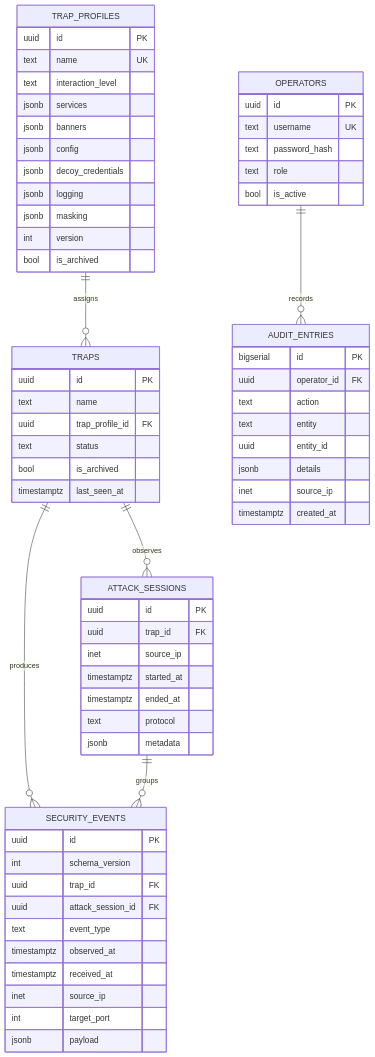
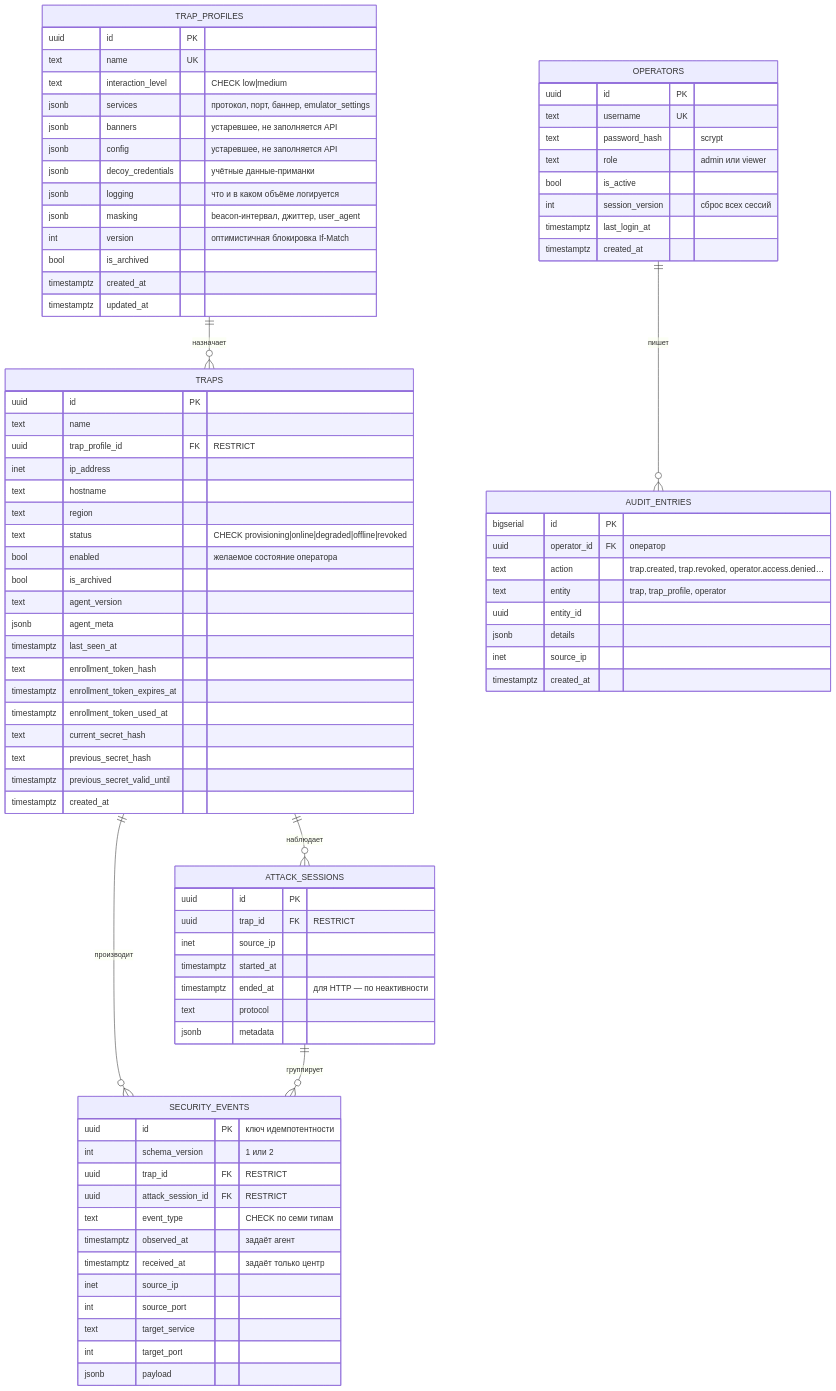
One commit to ArtiKn/HoneyForge changed the diagram in docs/database.mmd. Above: the diagram before and after it, drawn with Mermaid. The commit also changed 9 other files, not shown here.

```diff
--- a/docs/database.mmd
+++ b/docs/database.mmd
@@ -1,13 +1,93 @@
+%% HoneyForge — схема базы данных (6 таблиц, ADR-0004)
+%% Колонки соответствуют center/api/models/*.py и миграциям 0001–0006.
 erDiagram
-    TRAP_PROFILES ||--o{ TRAPS : assigns
-    TRAPS ||--o{ ATTACK_SESSIONS : observes
-    TRAPS ||--o{ SECURITY_EVENTS : produces
-    ATTACK_SESSIONS ||--o{ SECURITY_EVENTS : groups
-    OPERATORS ||--o{ AUDIT_ENTRIES : records
+    TRAP_PROFILES ||--o{ TRAPS : "назначает"
+    TRAPS ||--o{ ATTACK_SESSIONS : "наблюдает"
+    TRAPS ||--o{ SECURITY_EVENTS : "производит"
+    ATTACK_SESSIONS ||--o{ SECURITY_EVENTS : "группирует"
+    OPERATORS ||--o{ AUDIT_ENTRIES : "пишет"
 
-    TRAP_PROFILES { uuid id PK text name UK text interaction_level jsonb services jsonb banners jsonb config jsonb decoy_credentials jsonb logging jsonb masking int version bool is_archived }
-    TRAPS { uuid id PK text name uuid trap_profile_id FK text status bool is_archived timestamptz last_seen_at }
-    ATTACK_SESSIONS { uuid id PK uuid trap_id FK inet source_ip timestamptz started_at timestamptz ended_at text protocol jsonb metadata }
-    SECURITY_EVENTS { uuid id PK int schema_version uuid trap_id FK uuid attack_session_id FK text event_type timestamptz observed_at timestamptz received_at inet source_ip int target_port jsonb payload }
-    OPERATORS { uuid id PK text username UK text password_hash text role bool is_active }
-    AUDIT_ENTRIES { bigserial id PK uuid operator_id FK text action text entity uuid entity_id jsonb details inet source_ip timestamptz created_at }
+    TRAP_PROFILES {
+        uuid id PK
+        text name UK
+        text interaction_level "CHECK low|medium"
+        jsonb services "протокол, порт, баннер, emulator_settings"
+        jsonb banners "устаревшее, не заполняется API"
+        jsonb config "устаревшее, не заполняется API"
+        jsonb decoy_credentials "учётные данные-приманки"
+        jsonb logging "что и в каком объёме логируется"
+        jsonb masking "beacon-интервал, джиттер, user_agent"
+        int version "оптимистичная блокировка If-Match"
+        bool is_archived
+        timestamptz created_at
+        timestamptz updated_at
+    }
+
+    TRAPS {
+        uuid id PK
+        text name
+        uuid trap_profile_id FK "RESTRICT"
+        inet ip_address
+        text hostname
+        text region
+        text status "CHECK provisioning|online|degraded|offline|revoked"
+        bool enabled "желаемое состояние оператора"
+        bool is_archived
+        text agent_version
+        jsonb agent_meta
+        timestamptz last_seen_at
+        text enrollment_token_hash
+        timestamptz enrollment_token_expires_at
+        timestamptz enrollment_token_used_at
+        text current_secret_hash
+        text previous_secret_hash
+        timestamptz previous_secret_valid_until
+        timestamptz created_at
+    }
+
+    ATTACK_SESSIONS {
+        uuid id PK
+        uuid trap_id FK "RESTRICT"
+        inet source_ip
+        timestamptz started_at
+        timestamptz ended_at "для HTTP — по неактивности"
+        text protocol
+        jsonb metadata
+    }
+
+    SECURITY_EVENTS {
+        uuid id PK "ключ идемпотентности"
+        int schema_version "1 или 2"
+        uuid trap_id FK "RESTRICT"
+        uuid attack_session_id FK "RESTRICT"
+        text event_type "CHECK по семи типам"
+        timestamptz observed_at "задаёт агент"
+        timestamptz received_at "задаёт только центр"
+        inet source_ip
+        int source_port
+        text target_service
+        int target_port
+        jsonb payload
+    }
+
+    OPERATORS {
+        uuid id PK
+        text username UK
+        text password_hash "scrypt"
+        text role "admin или viewer"
+        bool is_active
+        int session_version "сброс всех сессий"
+        timestamptz last_login_at
+        timestamptz created_at
+    }
+
+    AUDIT_ENTRIES {
+        bigserial id PK
+        uuid operator_id FK "оператор"
+        text action "trap.created, trap.revoked, operator.access.denied…"
+        text entity "trap, trap_profile, operator"
+        uuid entity_id
+        jsonb details
+        inet source_ip
+        timestamptz created_at
+    }
```
